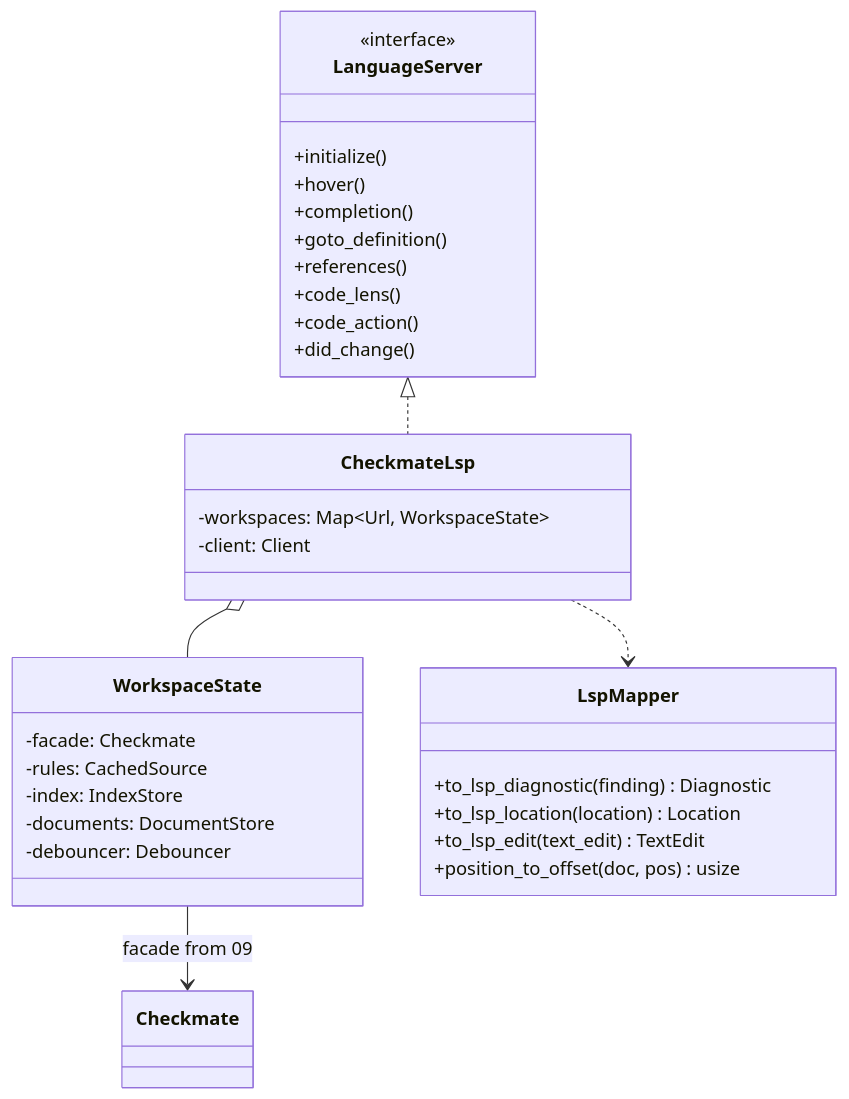
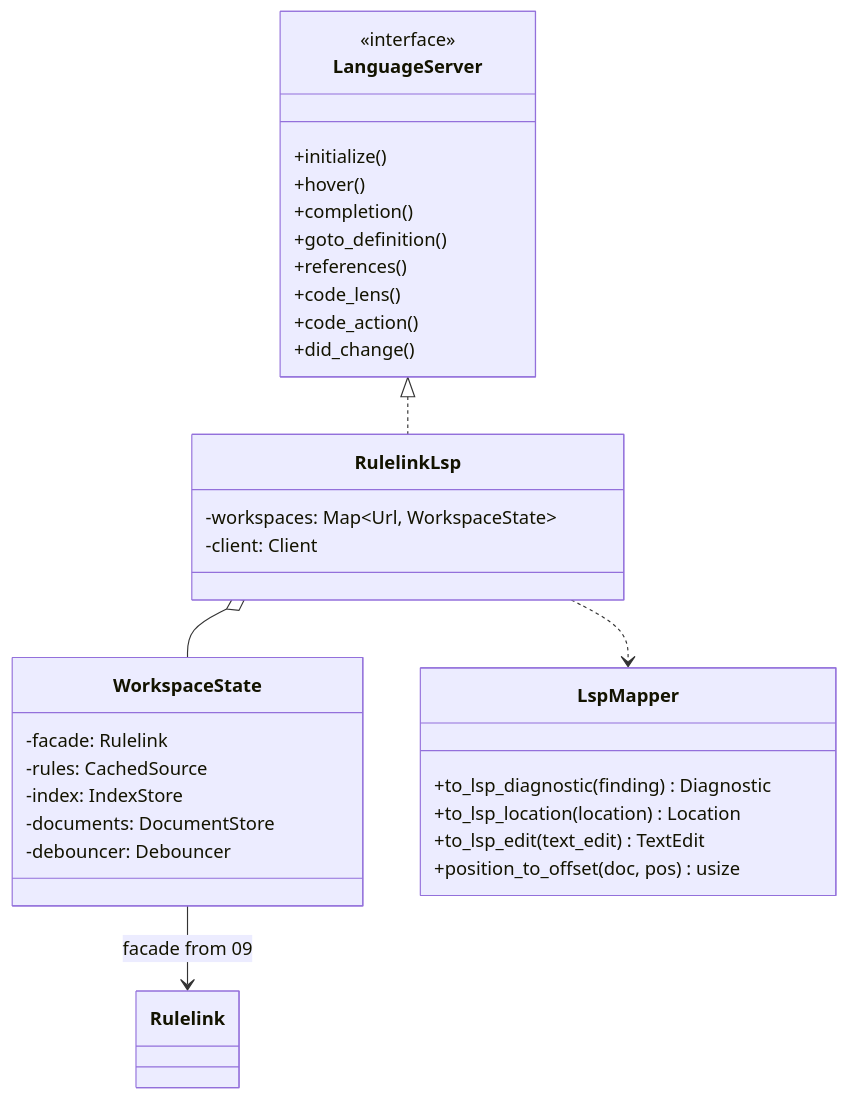
The first of 4 diagrams in docs/architecture/08-ide-integration.md (E-Jacques/Rulelink), drawn with Mermaid before and after one commit. The commit also changed other lines of this file and 126 other files, not shown here.

First line of the commit message:
chore: rename the project from Checkmate to Rulelink (#6)

````diff
--- a/docs/architecture/08-ide-integration.md
+++ b/docs/architecture/08-ide-integration.md
@@ -50,35 +50,35 @@
 ```mermaid
 classDiagram
     class LanguageServer {
         <<interface>>
         +initialize()
         +hover()
         +completion()
         +goto_definition()
         +references()
         +code_lens()
         +code_action()
         +did_change()
     }
-    class CheckmateLsp {
+    class RulelinkLsp {
         -workspaces: Map~Url, WorkspaceState~
         -client: Client
     }
     class WorkspaceState {
-        -facade: Checkmate
+        -facade: Rulelink
         -rules: CachedSource
         -index: IndexStore
         -documents: DocumentStore
         -debouncer: Debouncer
     }
     class LspMapper {
         +to_lsp_diagnostic(finding) Diagnostic
         +to_lsp_location(location) Location
         +to_lsp_edit(text_edit) TextEdit
         +position_to_offset(doc, pos) usize
     }
-    LanguageServer <|.. CheckmateLsp
-    CheckmateLsp o-- WorkspaceState
-    CheckmateLsp ..> LspMapper
-    WorkspaceState --> Checkmate : facade from 09
+    LanguageServer <|.. RulelinkLsp
+    RulelinkLsp o-- WorkspaceState
+    RulelinkLsp ..> LspMapper
+    WorkspaceState --> Rulelink : facade from 09
 ```
````
